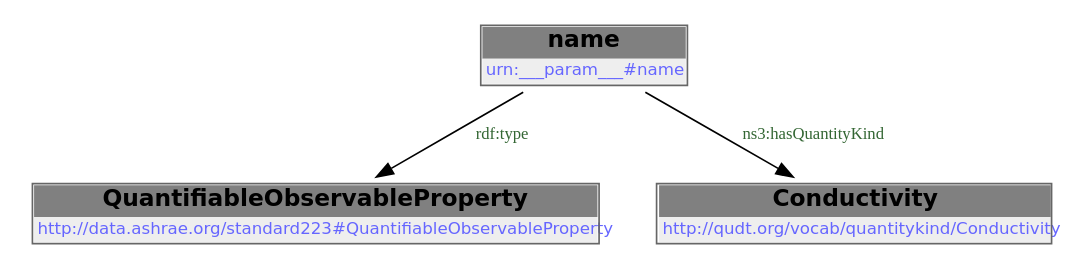
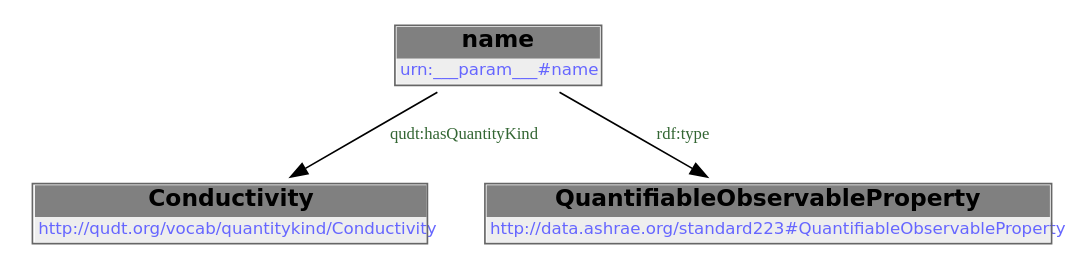
One commit to DataDrivenCPS/water-ontology changed the diagram in docs/libraries/templates/conductivity.rst. Above: the diagram before and after it, drawn with Graphviz. The commit also changed other lines of this file and 83 other files, not shown here.

```diff
--- a/docs/libraries/templates/conductivity.rst
+++ b/docs/libraries/templates/conductivity.rst
@@ -56,10 +49,13 @@
-        .. graphviz::
+.. graphviz::
 
-                digraph G {
-            node [fontname="DejaVu Sans"];
-            node0 -> node1 [color=BLACK, label=< <font point-size='10' color='#336633'>rdf:type</font> >];
-            node0 -> node2 [color=BLACK, label=< <font point-size='10' color='#336633'>ns3:hasQuantityKind</font> >];
-            node0 [shape=none, color=black, label=< <table color='#666666' cellborder='0' cellspacing='0' border='1'><tr><td colspan='2' bgcolor='grey'><B>name</B></td></tr><tr><td href='urn:___param___#name' bgcolor='#eeeeee' colspan='2'><font point-size='10' color='#6666ff'>urn:___param___#name</font></td></tr></table> >];
-            node1 [shape=none, color=black, label=< <table color='#666666' cellborder='0' cellspacing='0' border='1'><tr><td colspan='2' bgcolor='grey'><B>QuantifiableObservableProperty</B></td></tr><tr><td href='http://data.ashrae.org/standard223#QuantifiableObservableProperty' bgcolor='#eeeeee' colspan='2'><font point-size='10' color='#6666ff'>http://data.ashrae.org/standard223#QuantifiableObservableProperty</font></td></tr></table> >];
-            node2 [shape=none, color=black, label=< <table color='#666666' cellborder='0' cellspacing='0' border='1'><tr><td colspan='2' bgcolor='grey'><B>Conductivity</B></td></tr><tr><td href='http://qudt.org/vocab/quantitykind/Conductivity' bgcolor='#eeeeee' colspan='2'><font point-size='10' color='#6666ff'>http://qudt.org/vocab/quantitykind/Conductivity</font></td></tr></table> >];
-            }
+    digraph {
+     node [ fontname="DejaVu Sans" ] ;
+        node0 -> node1 [ color=BLACK, label=< <font point-size='10' color='#336633'>qudt:hasQuantityKind</font> > ] ;
+        node0 -> node2 [ color=BLACK, label=< <font point-size='10' color='#336633'>rdf:type</font> > ] ;
+    # urn:___param___#name node0
+    node0 [ shape=none, color=black label=< <table color='#666666' cellborder='0' cellspacing='0' border='1'><tr><td colspan='2' bgcolor='grey'><B>name</B></td></tr><tr><td href='urn:___param___#name' bgcolor='#eeeeee' colspan='2'><font point-size='10' color='#6666ff'>urn:___param___#name</font></td></tr></table> > ]
+    # http://qudt.org/vocab/quantitykind/Conductivity node1
+    node1 [ shape=none, color=black label=< <table color='#666666' cellborder='0' cellspacing='0' border='1'><tr><td colspan='2' bgcolor='grey'><B>Conductivity</B></td></tr><tr><td href='http://qudt.org/vocab/quantitykind/Conductivity' bgcolor='#eeeeee' colspan='2'><font point-size='10' color='#6666ff'>http://qudt.org/vocab/quantitykind/Conductivity</font></td></tr></table> > ]
+    # http://data.ashrae.org/standard223#QuantifiableObservableProperty node2
+    node2 [ shape=none, color=black label=< <table color='#666666' cellborder='0' cellspacing='0' border='1'><tr><td colspan='2' bgcolor='grey'><B>QuantifiableObservableProperty</B></td></tr><tr><td href='http://data.ashrae.org/standard223#QuantifiableObservableProperty' bgcolor='#eeeeee' colspan='2'><font point-size='10' color='#6666ff'>http://data.ashrae.org/standard223#QuantifiableObservableProperty</font></td></tr></table> > ]
+    }
```
